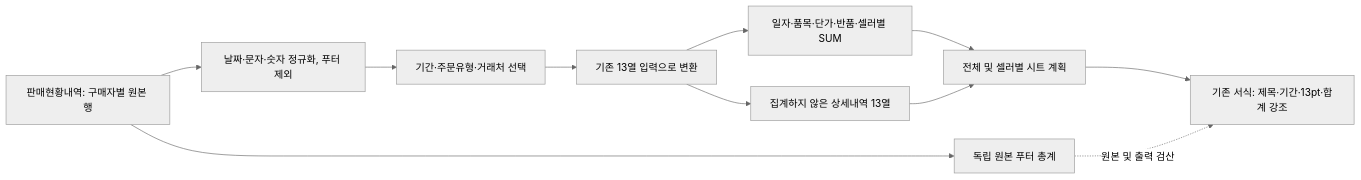
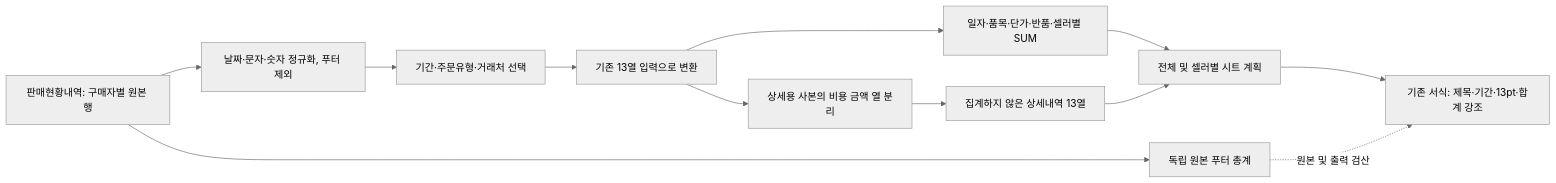
Before and after one commit to hyhan061/sollume-finance: the second of 3 diagrams in .codex/docs/ecount-settlement-output-alignment.md, drawn with Mermaid (neutral theme). The commit also changed other lines of this file and 3 other files, not shown here.

````diff
--- a/.codex/docs/ecount-settlement-output-alignment.md
+++ b/.codex/docs/ecount-settlement-output-alignment.md
@@ -42,13 +53,15 @@
 ```mermaid
 flowchart LR
     RAW["판매현황내역: 구매자별 원본 행"] --> CLEAN["날짜·문자·숫자 정규화, 푸터 제외"]
     CLEAN --> SELECT["기간·주문유형·거래처 선택"]
     SELECT --> ORDER["기존 13열 입력으로 변환"]
     ORDER --> SUMMARY["일자·품목·단가·반품·셀러별 SUM"]
-    ORDER --> DETAIL["집계하지 않은 상세내역 13열"]
+    %% ORDER --> DETAIL["집계하지 않은 상세내역 13열"]
+    ORDER --> FEES["상세용 사본의 비용 금액 열 분리"]
+    FEES --> DETAIL["집계하지 않은 상세내역 13열"]
     SUMMARY --> PLAN["전체 및 셀러별 시트 계획"]
     DETAIL --> PLAN
     PLAN --> OUTPUT["기존 서식: 제목·기간·13pt·합계 강조"]
     RAW --> FOOTER["독립 원본 푸터 총계"]
     FOOTER -. "원본 및 출력 검산" .-> OUTPUT
 ```
````
